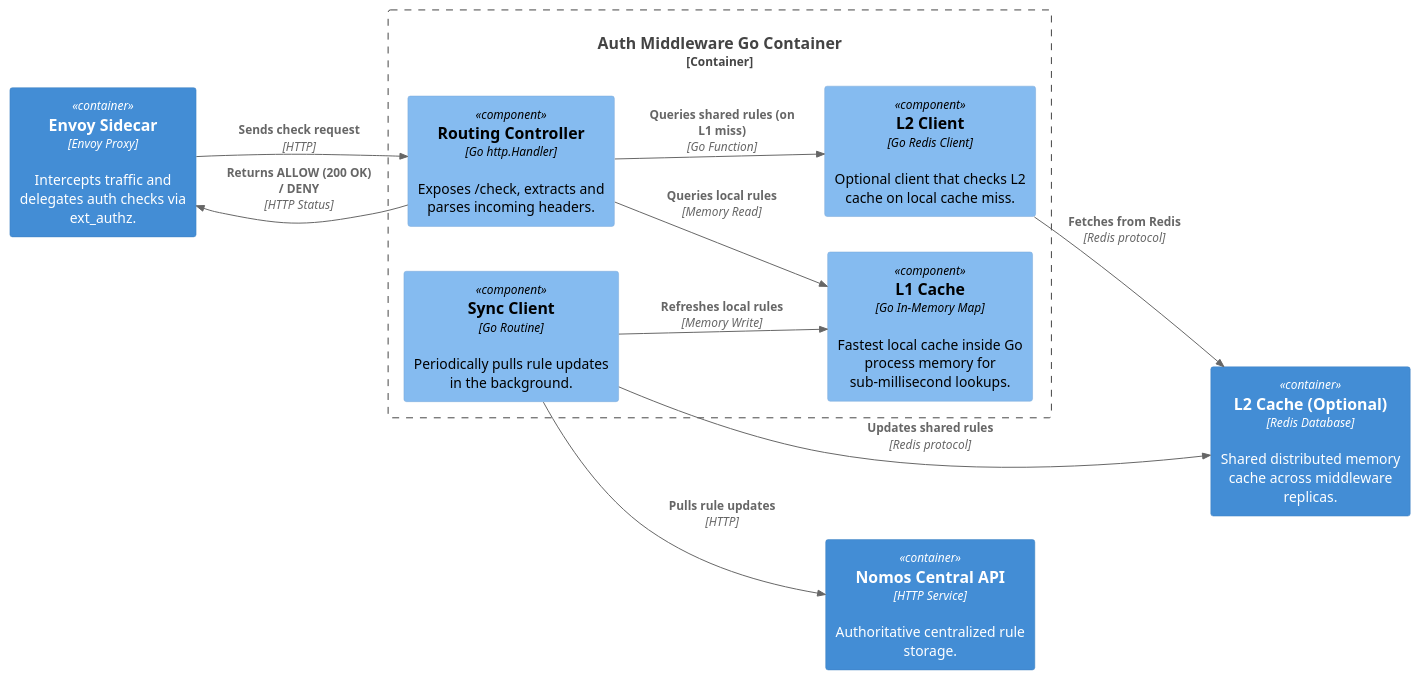
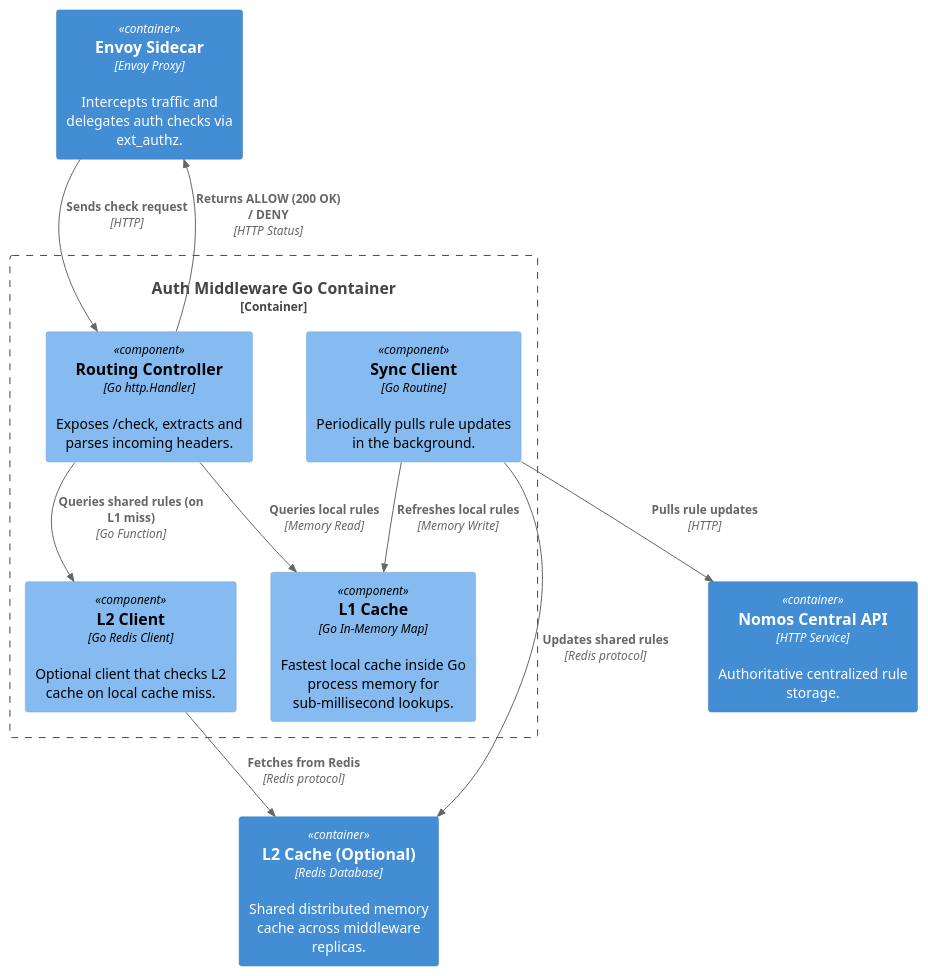
The diagram in public/blog/2026-08-08-auth-ext-middleware/c3-component.puml (kiquetal/kiquetal.github.io), drawn with PlantUML before and after one commit. The commit also changed 2 other files, not shown here.

Commit message:
feat: update C4 diagrams for billing service with detailed components and roles

```diff
--- a/public/blog/2026-08-08-auth-ext-middleware/c3-component.puml
+++ b/public/blog/2026-08-08-auth-ext-middleware/c3-component.puml
@@ -1,27 +1,25 @@
 @startuml
 !includeurl https://raw.githubusercontent.com/RicardoNiepel/C4-PlantUML/release/1-0/C4_Component.puml
-
-LAYOUT_LEFT_RIGHT()
 
 Container(sidecar, "Envoy Sidecar", "Envoy Proxy", "Intercepts traffic and delegates auth checks via ext_authz.")
 
 Container_Boundary(middleware, "Auth Middleware Go Container") {
     Component(router, "Routing Controller", "Go http.Handler", "Exposes /check, extracts and parses incoming headers.")
     Component(l1, "L1 Cache", "Go In-Memory Map", "Fastest local cache inside Go process memory for sub-millisecond lookups.")
     Component(l2_client, "L2 Client", "Go Redis Client", "Optional client that checks L2 cache on local cache miss.")
     Component(sync, "Sync Client", "Go Routine", "Periodically pulls rule updates in the background.")
 }
 
 Container(redis, "L2 Cache (Optional)", "Redis Database", "Shared distributed memory cache across middleware replicas.")
 Container(nomos_api, "Nomos Central API", "HTTP Service", "Authoritative centralized rule storage.")
 
 Rel(sidecar, router, "Sends check request", "HTTP")
 Rel(router, l1, "Queries local rules", "Memory Read")
 Rel(router, l2_client, "Queries shared rules (on L1 miss)", "Go Function")
 Rel(l2_client, redis, "Fetches from Redis", "Redis protocol")
 Rel(sync, nomos_api, "Pulls rule updates", "HTTP")
 Rel(sync, l1, "Refreshes local rules", "Memory Write")
 Rel(sync, redis, "Updates shared rules", "Redis protocol")
 Rel(router, sidecar, "Returns ALLOW (200 OK) / DENY", "HTTP Status")
 
 @enduml
```
